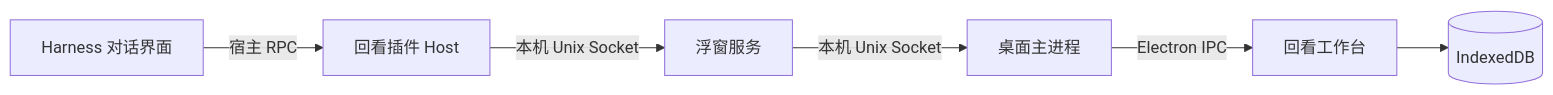
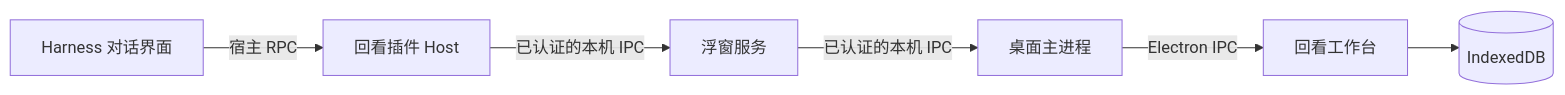
One commit to Rabbitgenius-rgb/huikan changed the diagram in docs/ARCHITECTURE.md. Above: the diagram before and after it, drawn with Mermaid. The commit also changed other lines of this file and 27 other files, not shown here.

````diff
--- a/docs/ARCHITECTURE.md
+++ b/docs/ARCHITECTURE.md
@@ -3,8 +3,8 @@
 ```mermaid
 flowchart LR
   H[Harness 对话界面] -->|宿主 RPC| P[回看插件 Host]
-  P -->|本机 Unix Socket| C[浮窗服务]
-  C -->|本机 Unix Socket| D[桌面主进程]
+  P -->|已认证的本机 IPC| C[浮窗服务]
+  C -->|已认证的本机 IPC| D[桌面主进程]
   D -->|Electron IPC| U[回看工作台]
   U --> I[(IndexedDB)]
 ```
````
